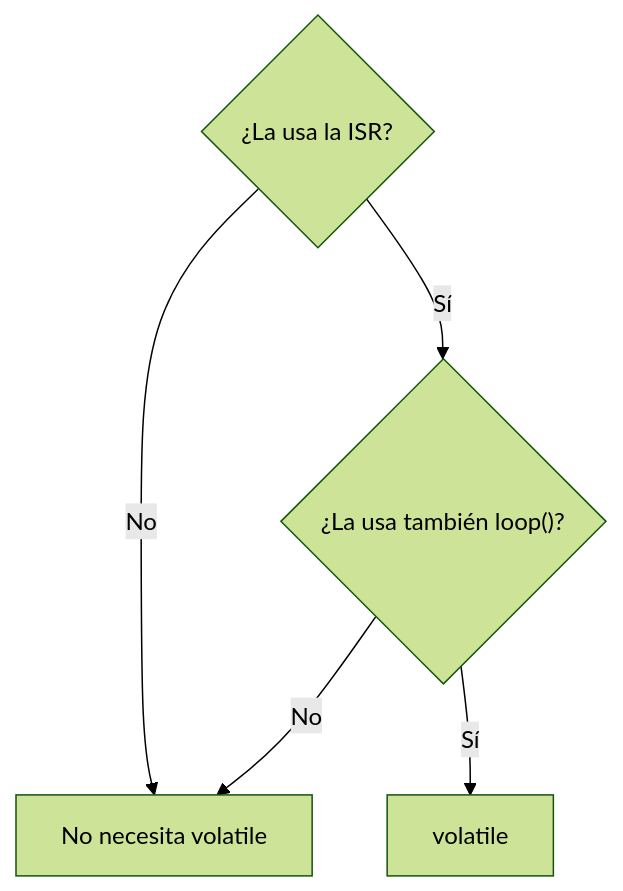
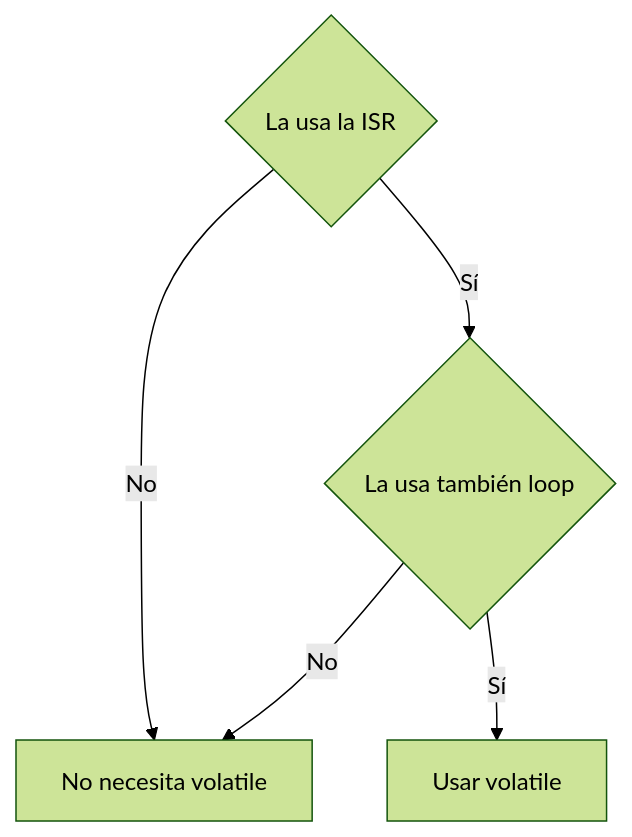
One commit to AlejandroTatum/sistemas-digitales-unl changed the seventh of 9 diagrams in unidad-1/apuntes/06-interrupciones-externas.md. Above: the diagram before and after it, drawn with Mermaid (forest theme). The commit also changed other lines of this file and 16 other files, not shown here.

````diff
--- a/unidad-1/apuntes/06-interrupciones-externas.md
+++ b/unidad-1/apuntes/06-interrupciones-externas.md
@@ -236,7 +188,7 @@
 ```mermaid
 flowchart TD
-    A{"¿La usa la ISR?"} -->|No| N["No necesita volatile"]
-    A -->|Sí| B{"¿La usa también loop()?"}
+    A{"La usa la ISR"} -->|No| N["No necesita volatile"]
+    A -->|Sí| B{"La usa también loop"}
     B -->|No| N
-    B -->|Sí| V["volatile"]
+    B -->|Sí| V["Usar volatile"]
 ```
````
